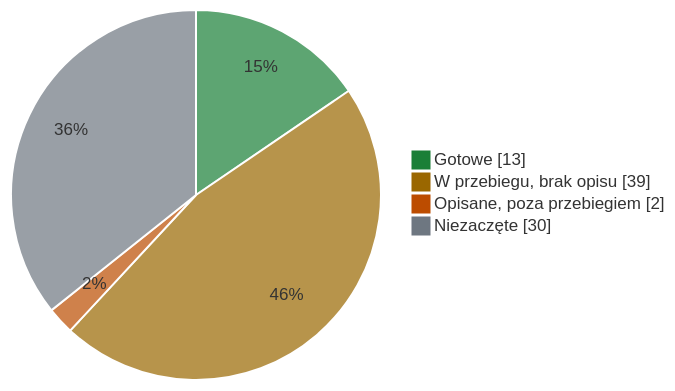
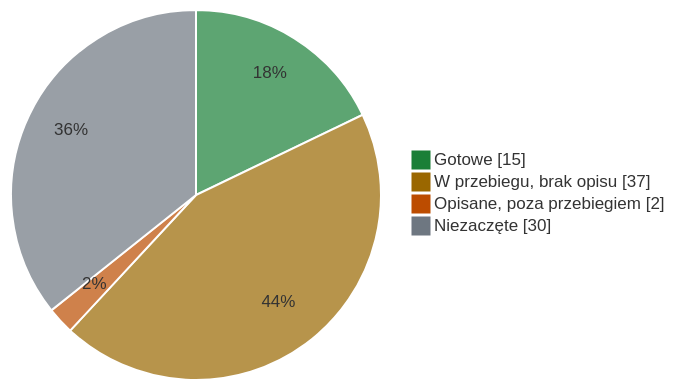
Before and after one commit to slayerlabs/benchmarks-fabryka-ai: the diagram in research/STATUS.md, drawn with Mermaid. The commit also changed other lines of this file and 4 other files, not shown here.

````diff
--- a/research/STATUS.md
+++ b/research/STATUS.md
@@ -14,8 +14,8 @@
 ```mermaid
 %%{init: {'theme': 'base', 'themeVariables': {'pie1': '#1a7f37', 'pie2': '#9a6700', 'pie3': '#bc4c00', 'pie4': '#6e7781', 'pieStrokeColor': '#ffffff', 'pieOuterStrokeWidth': '0px'}}}%%
 pie showData
-    "Gotowe" : 13
-    "W przebiegu, brak opisu" : 39
+    "Gotowe" : 15
+    "W przebiegu, brak opisu" : 37
     "Opisane, poza przebiegiem" : 2
     "Niezaczęte" : 30
 ```
````
